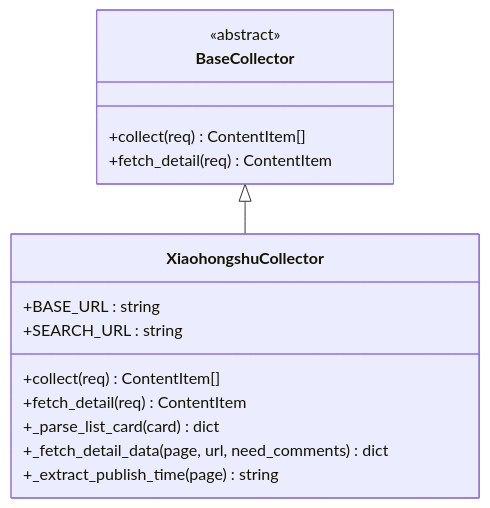
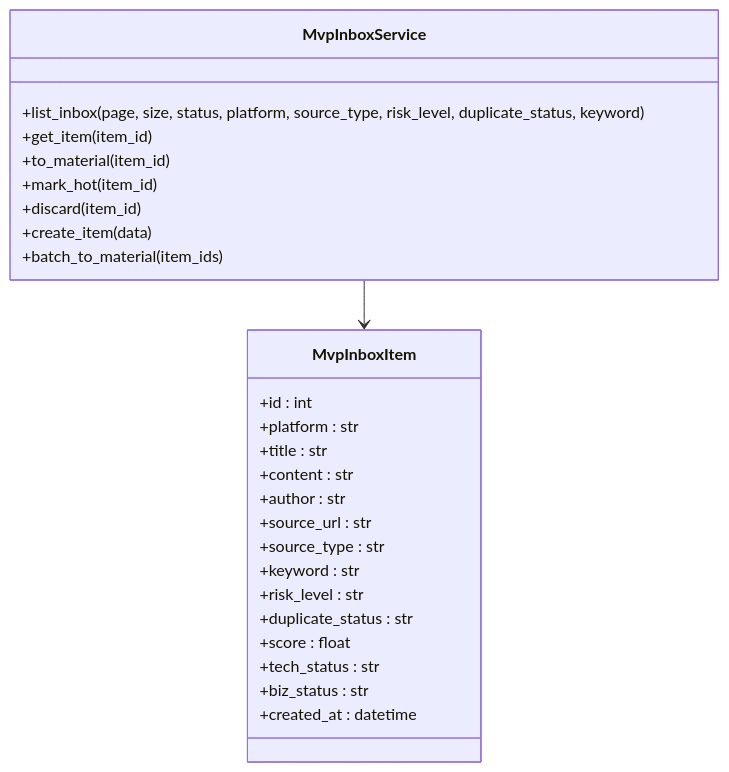
Before and after one commit to dream-ze/AI_huoke-: the third of 6 diagrams in .qoder/repowiki/zh/content/内容采集系统/内容采集系统.md, drawn with Mermaid. The commit also changed other lines of this file and 25 other files, not shown here.

````diff
--- a/.qoder/repowiki/zh/content/内容采集系统/内容采集系统.md
+++ b/.qoder/repowiki/zh/content/内容采集系统/内容采集系统.md
@@ -184,18 +168,29 @@
 ```mermaid
 classDiagram
-class BaseCollector {
-<<abstract>>
-+collect(req) ContentItem[]
-+fetch_detail(req) ContentItem
+class MvpInboxService {
++list_inbox(page, size, status, platform, source_type, risk_level, duplicate_status, keyword)
++get_item(item_id)
++to_material(item_id)
++mark_hot(item_id)
++discard(item_id)
++create_item(data)
++batch_to_material(item_ids)
 }
-class XiaohongshuCollector {
-+BASE_URL : string
-+SEARCH_URL : string
-+collect(req) ContentItem[]
-+fetch_detail(req) ContentItem
-+_parse_list_card(card) dict
-+_fetch_detail_data(page, url, need_comments) dict
-+_extract_publish_time(page) string
+class MvpInboxItem {
++id : int
++platform : str
++title : str
++content : str
++author : str
++source_url : str
++source_type : str
++keyword : str
++risk_level : str
++duplicate_status : str
++score : float
++tech_status : str
++biz_status : str
++created_at : datetime
 }
-BaseCollector <|-- XiaohongshuCollector
+MvpInboxService --> MvpInboxItem
 ```
````
